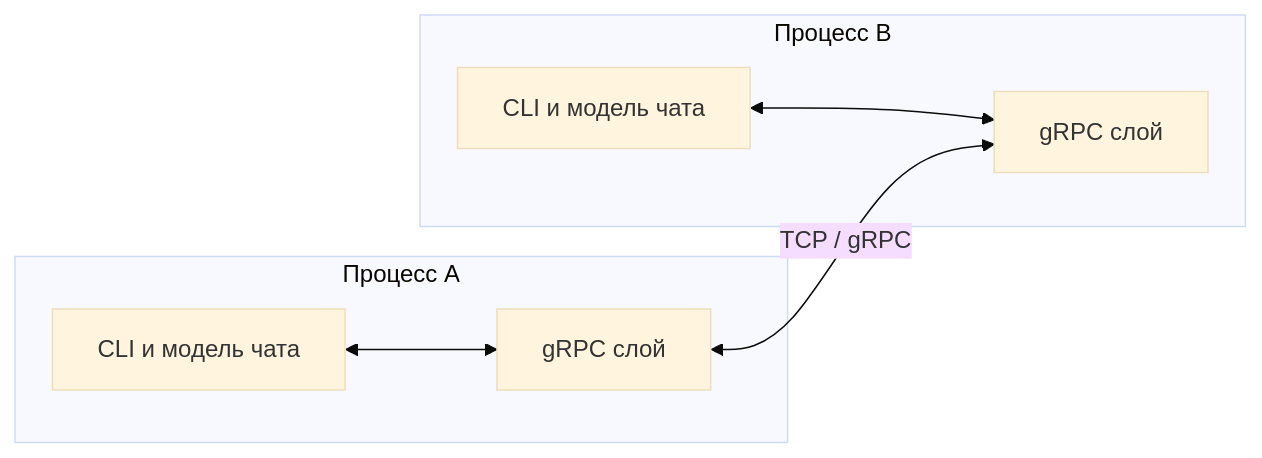
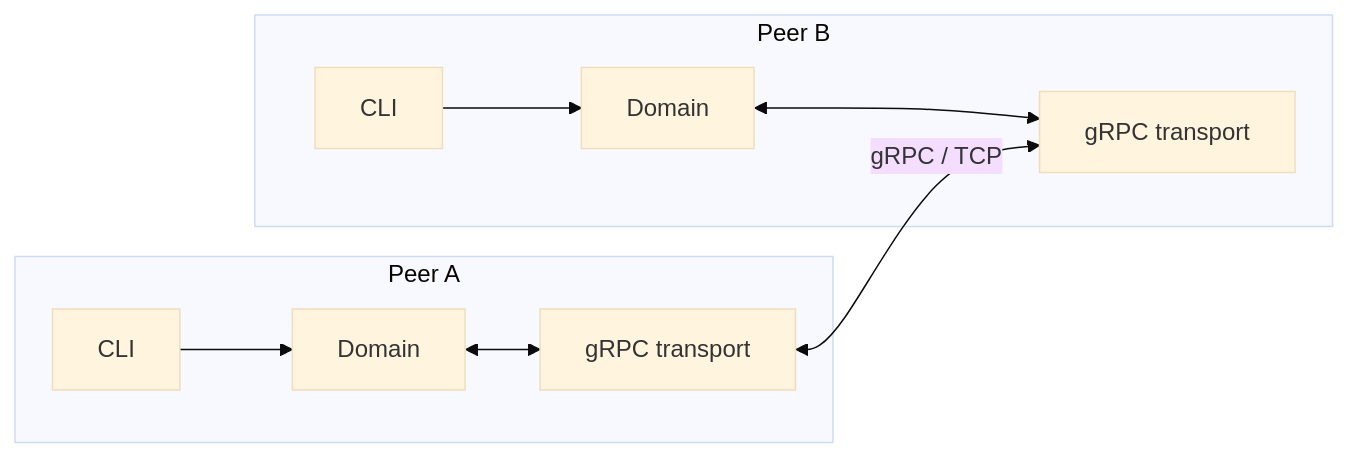
The first of 3 diagrams in docs/Архитектура.md (pppppptttttt/ExtremeProgrammingPP), drawn with Mermaid (base theme) before and after one commit. The commit also changed other lines of this file and 2 other files, not shown here.

````diff
--- a/docs/Архитектура.md
+++ b/docs/Архитектура.md
@@ -11,14 +57,20 @@
 ```mermaid
 flowchart LR
-  subgraph peer_a [Процесс A]
-    CLI_A[CLI и модель чата]
-    GRPC_A[gRPC слой]
-    CLI_A <--> GRPC_A
+  subgraph PeerA[Peer A]
+    CLI_A[CLI]
+    DOMAIN_A[Domain]
+    GRPC_A[gRPC transport]
+    CLI_A --> DOMAIN_A
+    DOMAIN_A <--> GRPC_A
   end
-  subgraph peer_b [Процесс B]
-    CLI_B[CLI и модель чата]
-    GRPC_B[gRPC слой]
-    CLI_B <--> GRPC_B
+
+  subgraph PeerB[Peer B]
+    CLI_B[CLI]
+    DOMAIN_B[Domain]
+    GRPC_B[gRPC transport]
+    CLI_B --> DOMAIN_B
+    DOMAIN_B <--> GRPC_B
   end
-  GRPC_A <-- TCP / gRPC --> GRPC_B
+
+  GRPC_A <-- gRPC / TCP --> GRPC_B
 ```
````
